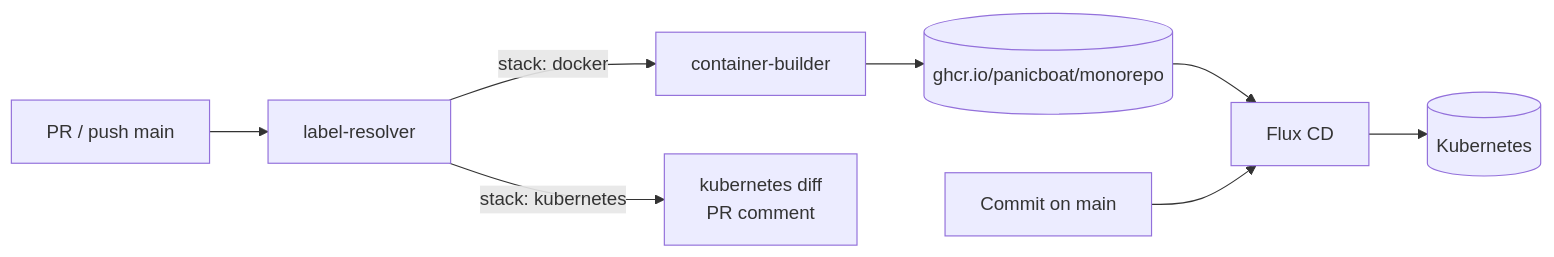
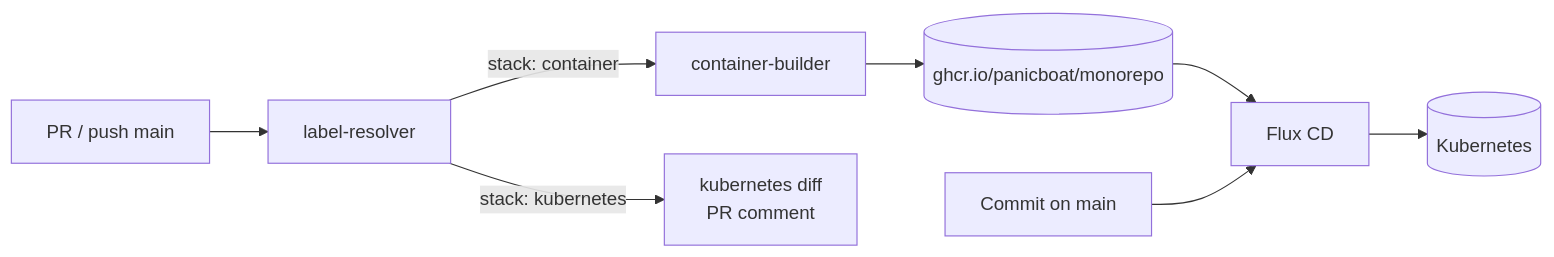
Before and after one commit to panicboat/monorepo: the second of 2 diagrams in README-ja.md, drawn with Mermaid. The commit also changed other lines of this file and 890 other files, not shown here.

````diff
--- a/README-ja.md
+++ b/README-ja.md
@@ -49,10 +49,10 @@
 ```mermaid
 flowchart LR
   PR[PR / push main] --> Resolver[label-resolver]
-  Resolver -->|stack: docker| Builder[container-builder]
+  Resolver -->|stack: container| Builder[container-builder]
   Resolver -->|stack: kubernetes| Diff[kubernetes diff<br/>PR comment]
   Builder --> GHCR[(ghcr.io/panicboat/monorepo)]
   GHCR --> Flux[Flux CD]
   Main[Commit on main] --> Flux
   Flux --> K8s[(Kubernetes)]
 ```
````
